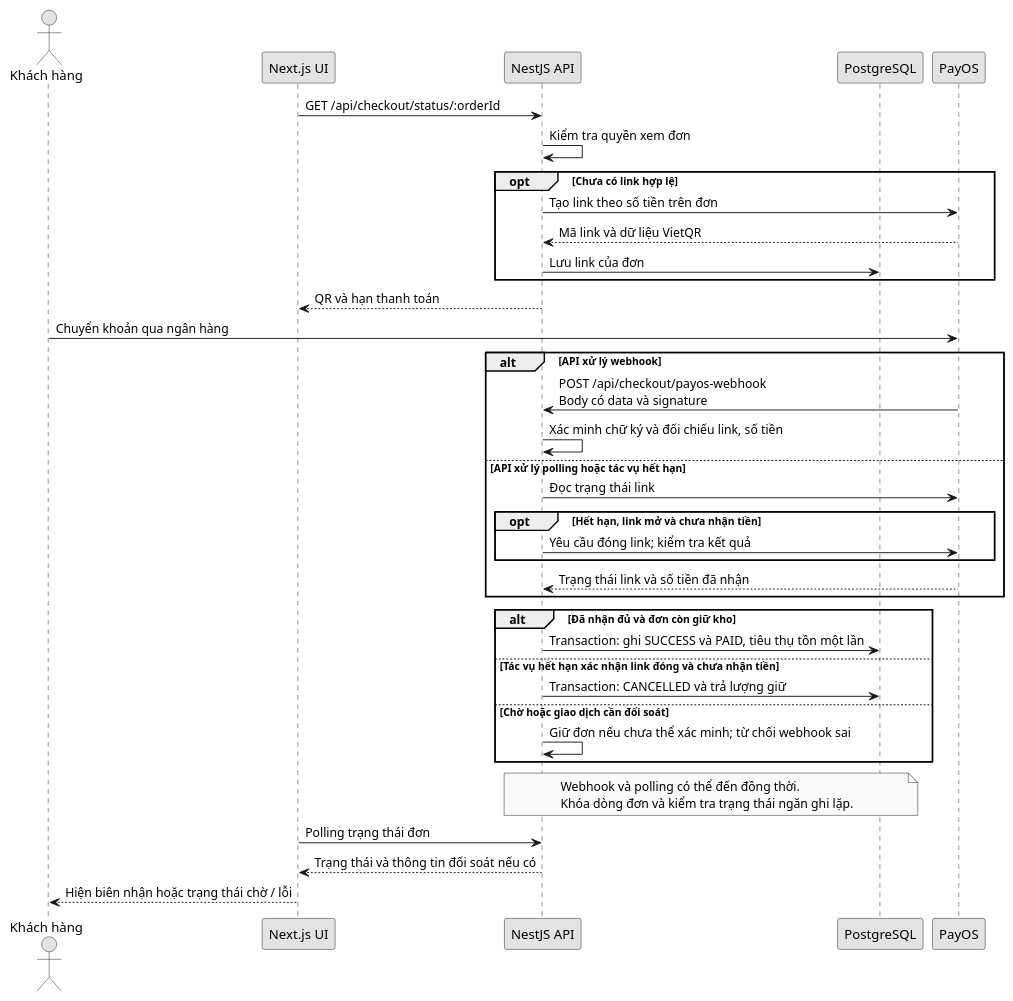
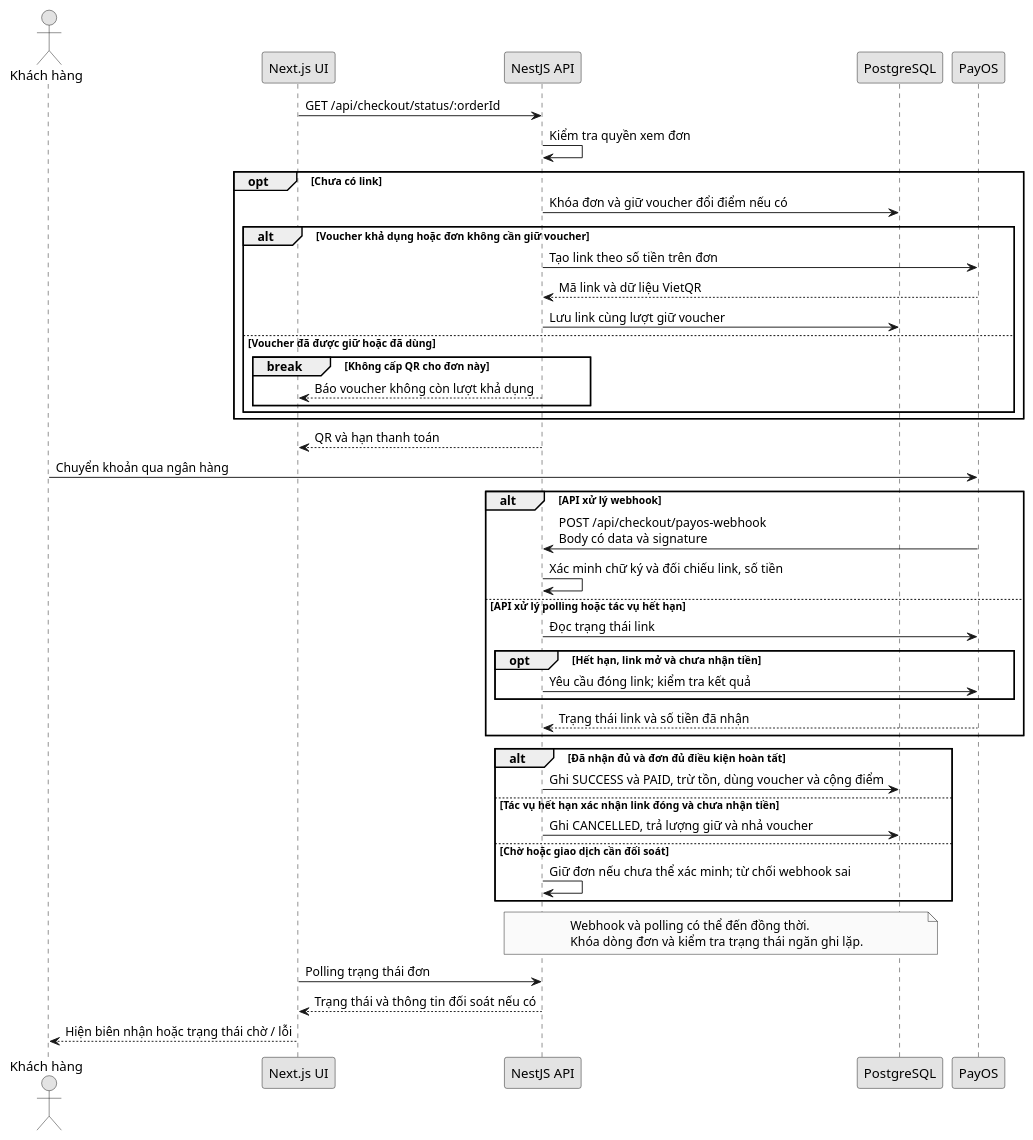
The diagram in docs/diagrams/sequence-payos-webhook.puml (PhucTruong11/brewlite-assignment2), drawn with PlantUML before and after one commit. The commit also changed 50 other files, not shown here.

```diff
--- a/docs/diagrams/sequence-payos-webhook.puml
+++ b/docs/diagrams/sequence-payos-webhook.puml
@@ -1,44 +1,51 @@
 @startuml sequence-payos-webhook
 !pragma layout smetana
 skinparam monochrome true
 skinparam shadowing false
 skinparam defaultFontName Arial
 actor "Khách hàng" as Customer
 participant "Next.js UI" as UI
 participant "NestJS API" as API
 participant "PostgreSQL" as DB
 participant "PayOS" as PayOS
 UI -> API: GET /api/checkout/status/:orderId
 API -> API: Kiểm tra quyền xem đơn
-opt Chưa có link hợp lệ
-  API -> PayOS: Tạo link theo số tiền trên đơn
-  PayOS --> API: Mã link và dữ liệu VietQR
-  API -> DB: Lưu link của đơn
+opt Chưa có link
+  API -> DB: Khóa đơn và giữ voucher đổi điểm nếu có
+  alt Voucher khả dụng hoặc đơn không cần giữ voucher
+    API -> PayOS: Tạo link theo số tiền trên đơn
+    PayOS --> API: Mã link và dữ liệu VietQR
+    API -> DB: Lưu link cùng lượt giữ voucher
+  else Voucher đã được giữ hoặc đã dùng
+    break Không cấp QR cho đơn này
+      API --> UI: Báo voucher không còn lượt khả dụng
+    end
+  end
 end
 API --> UI: QR và hạn thanh toán
 Customer -> PayOS: Chuyển khoản qua ngân hàng
 alt API xử lý webhook
   PayOS -> API: POST /api/checkout/payos-webhook\nBody có data và signature
   API -> API: Xác minh chữ ký và đối chiếu link, số tiền
 else API xử lý polling hoặc tác vụ hết hạn
   API -> PayOS: Đọc trạng thái link
   opt Hết hạn, link mở và chưa nhận tiền
     API -> PayOS: Yêu cầu đóng link; kiểm tra kết quả
   end
   PayOS --> API: Trạng thái link và số tiền đã nhận
 end
-alt Đã nhận đủ và đơn còn giữ kho
-  API -> DB: Transaction: ghi SUCCESS và PAID, tiêu thụ tồn một lần
+alt Đã nhận đủ và đơn đủ điều kiện hoàn tất
+  API -> DB: Ghi SUCCESS và PAID, trừ tồn, dùng voucher và cộng điểm
 else Tác vụ hết hạn xác nhận link đóng và chưa nhận tiền
-  API -> DB: Transaction: CANCELLED và trả lượng giữ
+  API -> DB: Ghi CANCELLED, trả lượng giữ và nhả voucher
 else Chờ hoặc giao dịch cần đối soát
   API -> API: Giữ đơn nếu chưa thể xác minh; từ chối webhook sai
 end
 note over API, DB
   Webhook và polling có thể đến đồng thời.
   Khóa dòng đơn và kiểm tra trạng thái ngăn ghi lặp.
 end note
 UI -> API: Polling trạng thái đơn
 API --> UI: Trạng thái và thông tin đối soát nếu có
 UI --> Customer: Hiện biên nhận hoặc trạng thái chờ / lỗi
 @enduml
```
